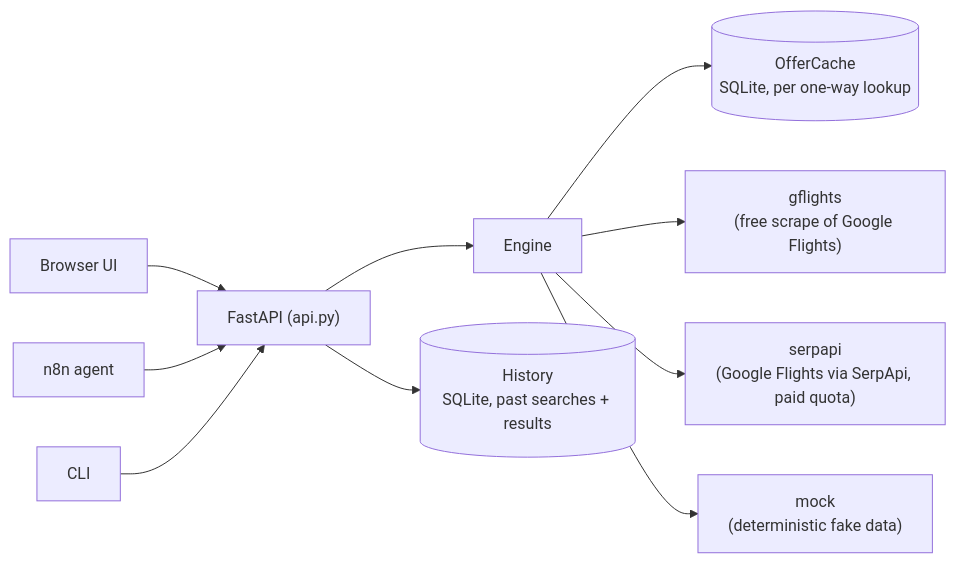
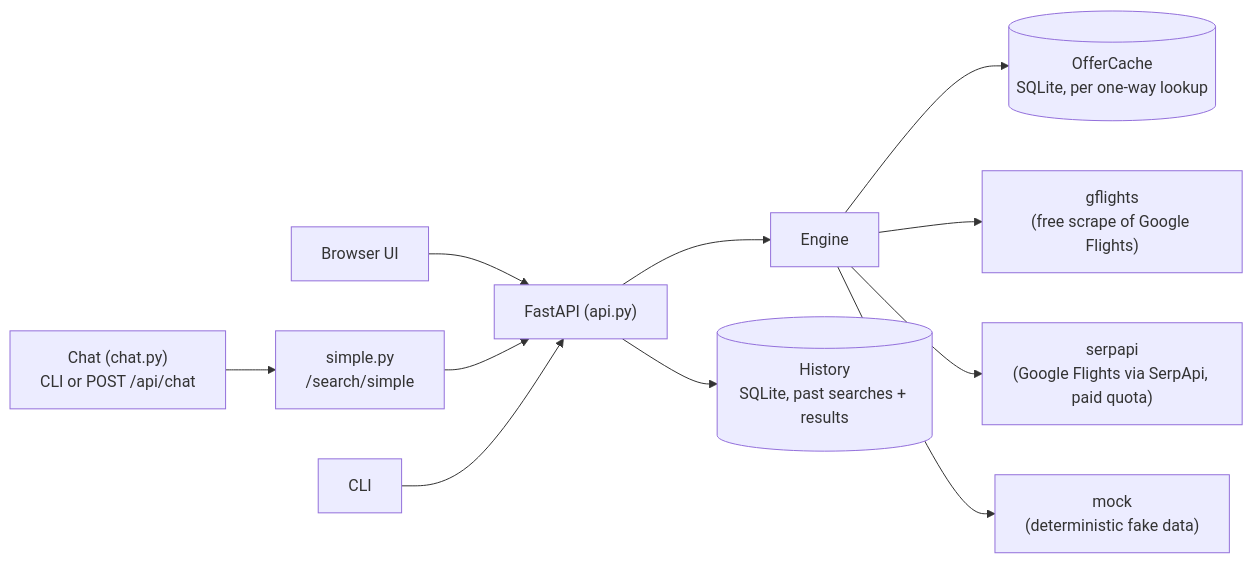
The diagram in docs/DESIGN.md (alon24/AiTravelSearcher), drawn with Mermaid before and after one commit. The commit also changed other lines of this file and 14 other files, not shown here.

````diff
--- a/docs/DESIGN.md
+++ b/docs/DESIGN.md
@@ -17,12 +17,13 @@
 ```mermaid
 flowchart LR
     Browser["Browser UI"] --> API["FastAPI (api.py)"]
-    N8n["n8n agent"] --> API
+    Chat["Chat (chat.py)\nCLI or POST /api/chat"] --> Simple["simple.py\n/search/simple"]
+    Simple --> API
     CLI["CLI"] --> API
     API --> Engine["Engine"]
     API --> History[("History\nSQLite, past searches + results")]
     Engine --> Cache[("OfferCache\nSQLite, per one-way lookup")]
     Engine --> Gflights["gflights\n(free scrape of Google Flights)"]
     Engine --> Serpapi["serpapi\n(Google Flights via SerpApi, paid quota)"]
     Engine --> Mock["mock\n(deterministic fake data)"]
 ```
````
